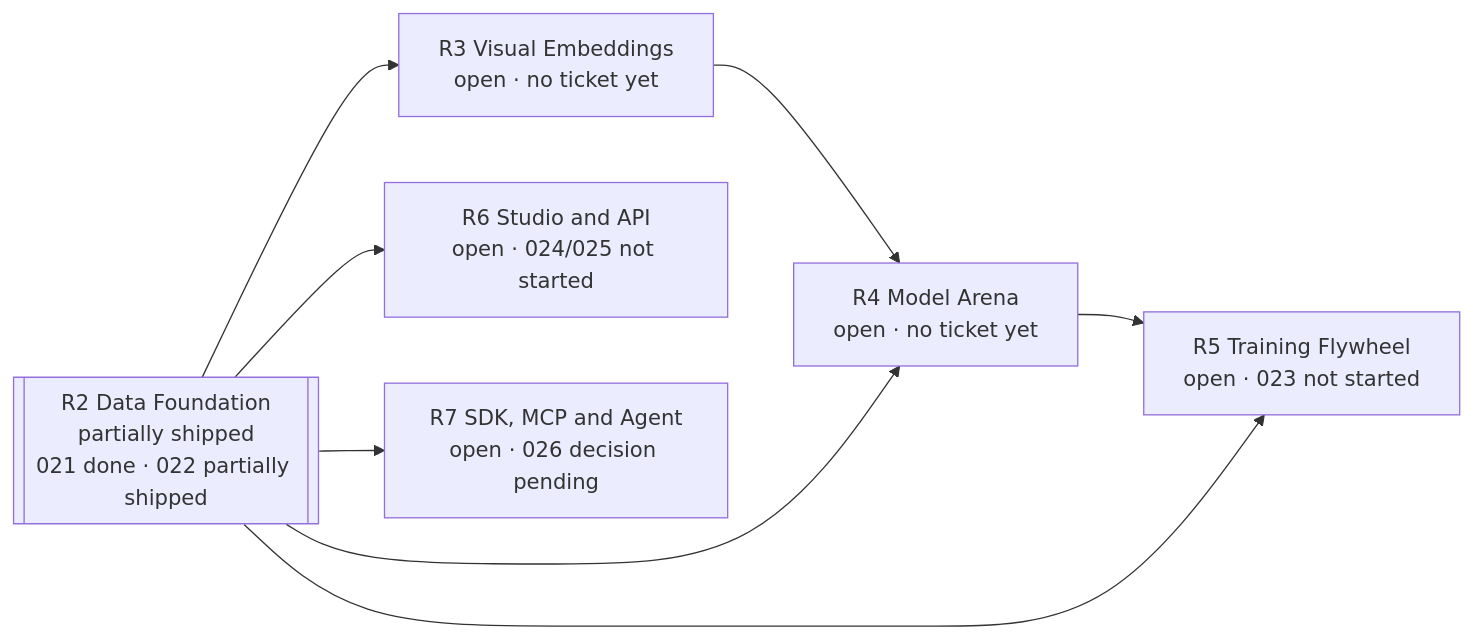
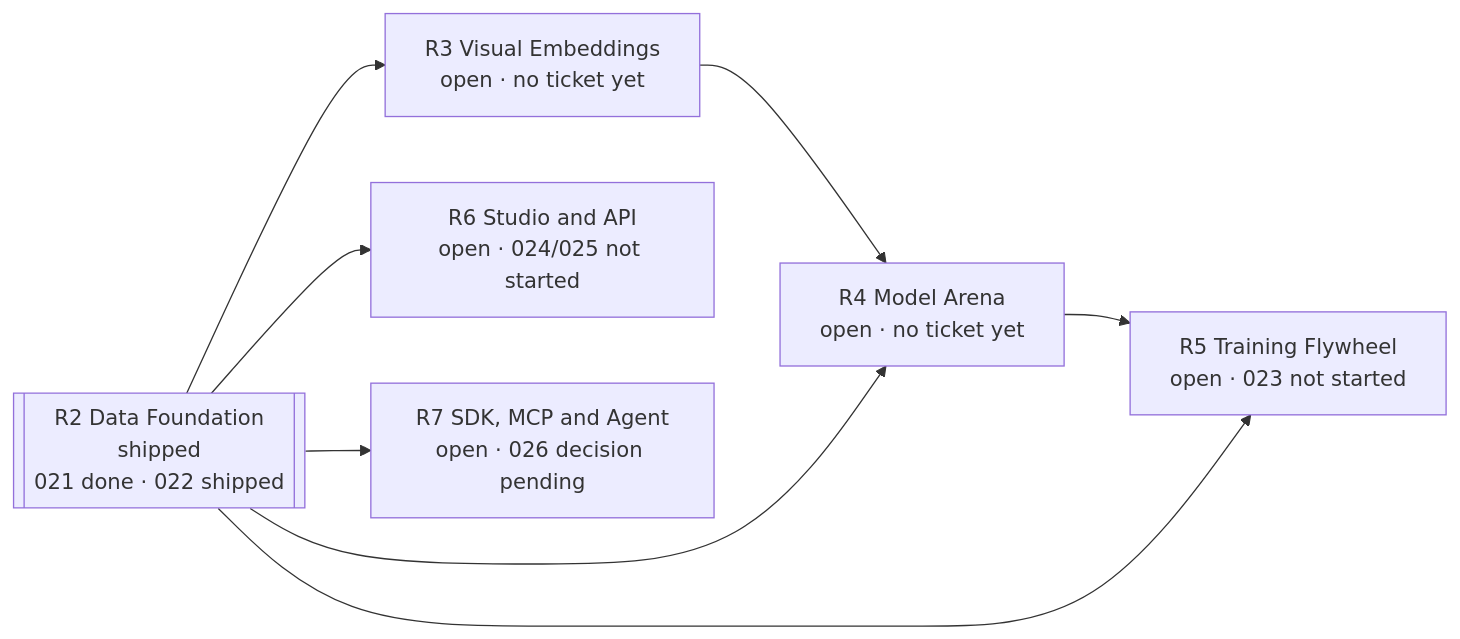
Before and after one commit to erikunha/LAIbemage: the second of 2 diagrams in ROADMAP.md, drawn with Mermaid. The commit also changed other lines of this file and 12 other files, not shown here.

````diff
--- a/ROADMAP.md
+++ b/ROADMAP.md
@@ -178,10 +178,10 @@
 ```mermaid
 flowchart LR
-  R2[["R2 Data Foundation<br/>partially shipped<br/>021 done · 022 partially shipped"]] --> R3["R3 Visual Embeddings<br/>open · no ticket yet"]
+  R2[["R2 Data Foundation<br/>shipped<br/>021 done · 022 shipped"]] --> R3["R3 Visual Embeddings<br/>open · no ticket yet"]
   R3 --> R4["R4 Model Arena<br/>open · no ticket yet"]
   R4 --> R5["R5 Training Flywheel<br/>open · 023 not started"]
   R2 --> R4
   R2 --> R5
   R2 --> R6["R6 Studio and API<br/>open · 024/025 not started"]
   R2 --> R7["R7 SDK, MCP and Agent<br/>open · 026 decision pending"]
 ```
````
